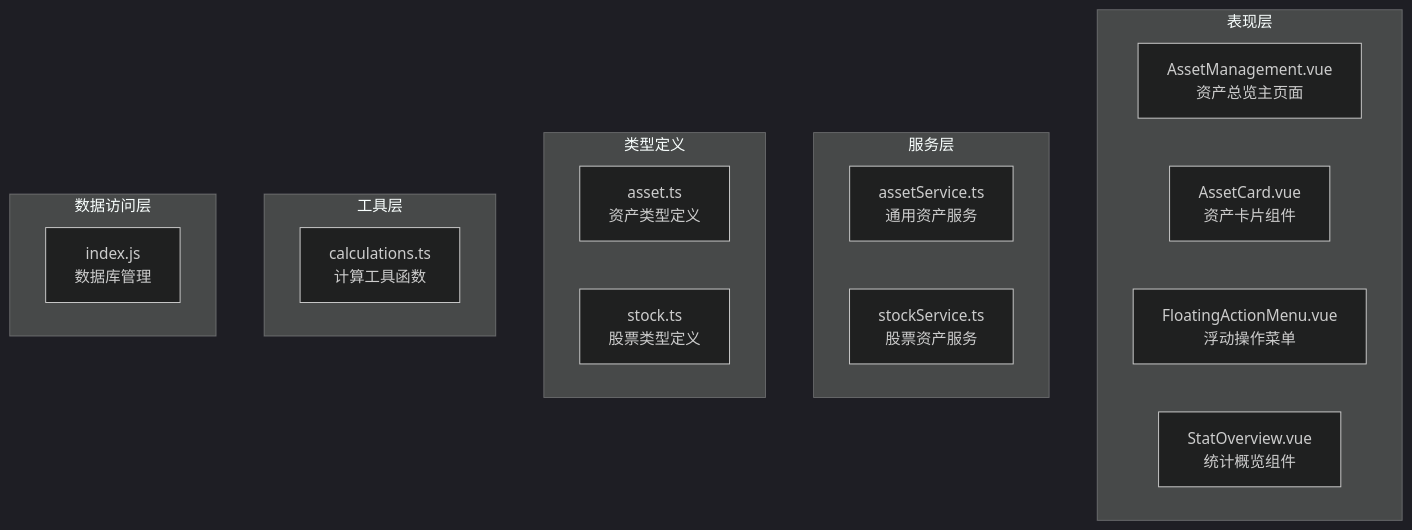
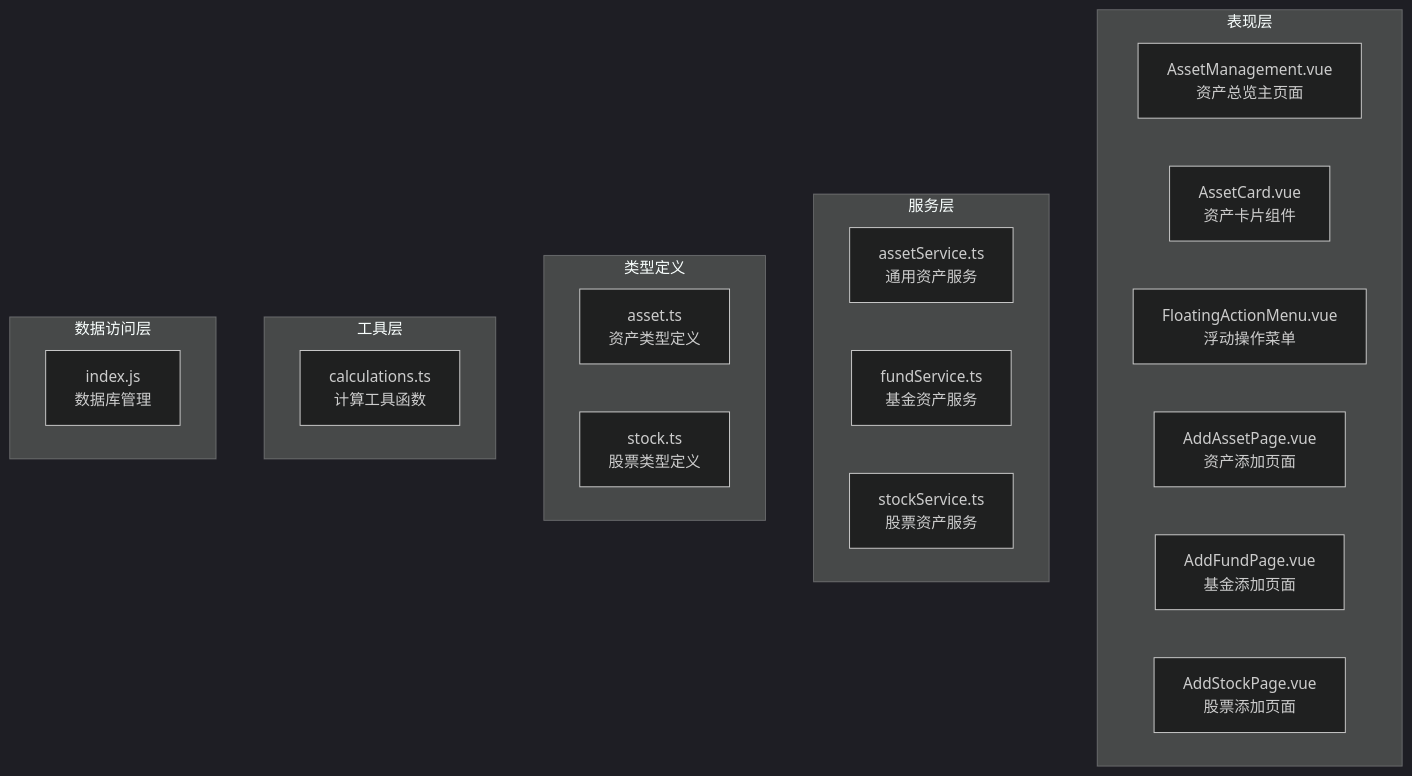
Before and after one commit to xiao-lin-unit/yuan: the first of 20 diagrams in .qoder/repowiki/zh/content/资产管理/资产总览.md, drawn with Mermaid (dark theme). The commit also changed other lines of this file and 17 other files, not shown here.

````diff
--- a/.qoder/repowiki/zh/content/资产管理/资产总览.md
+++ b/.qoder/repowiki/zh/content/资产管理/资产总览.md
@@ -51,23 +53,26 @@
 ```mermaid
 graph TB
 subgraph "表现层"
 AM[AssetManagement.vue<br/>资产总览主页面]
 AC[AssetCard.vue<br/>资产卡片组件]
 FAM[FloatingActionMenu.vue<br/>浮动操作菜单]
-SO[StatOverview.vue<br/>统计概览组件]
+AAP[AddAssetPage.vue<br/>资产添加页面]
+AFP[AddFundPage.vue<br/>基金添加页面]
+ASP[AddStockPage.vue<br/>股票添加页面]
 end
 subgraph "服务层"
 AS[assetService.ts<br/>通用资产服务]
+FS[fundService.ts<br/>基金资产服务]
 SS[stockService.ts<br/>股票资产服务]
 end
 subgraph "类型定义"
 AT[asset.ts<br/>资产类型定义]
 ST[stock.ts<br/>股票类型定义]
 end
 subgraph "工具层"
 CAL[calculations.ts<br/>计算工具函数]
 end
 subgraph "数据访问层"
 DB[index.js<br/>数据库管理]
 end
 ```
````
